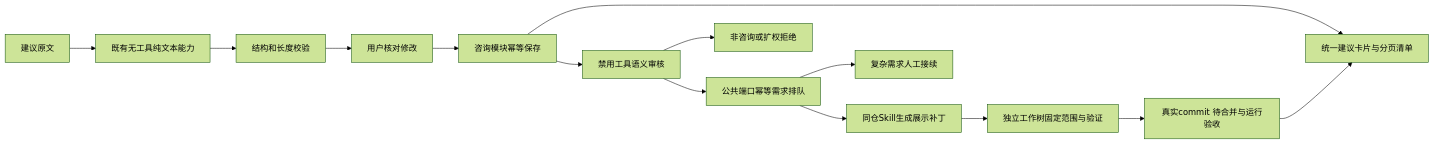
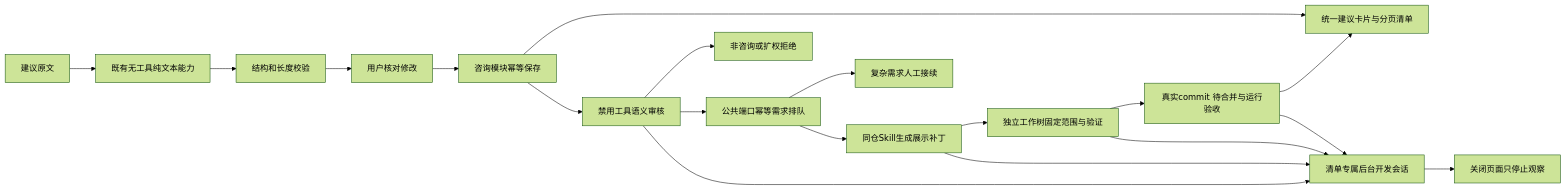
One commit to exception-coder/kai-toolbox changed diagram 28 of 28 in docs/ai-coding-architecture.md. Above: the diagram before and after it, drawn with Mermaid (forest theme). The commit also changed other lines of this file and 38 other files, not shown here.

````diff
--- a/docs/ai-coding-architecture.md
+++ b/docs/ai-coding-architecture.md
@@ -758,16 +758,21 @@
 ```mermaid
 flowchart LR
   Raw[建议原文] --> Runner[既有无工具纯文本能力]
   Runner --> Validation[结构和长度校验]
   Validation --> Confirm[用户核对修改]
   Confirm --> Record[咨询模块幂等保存]
   Record --> Board[统一建议卡片与分页清单]
   Record --> Review[禁用工具语义审核]
   Review --> Reject[非咨询或扩权拒绝]
   Review --> Queue[公共端口幂等需求排队]
   Queue --> Human[复杂需求人工接续]
   Queue --> Patch[同仓Skill生成展示补丁]
   Patch --> Guard[独立工作树固定范围与验证]
   Guard --> Commit[真实commit 待合并与运行验收]
   Commit --> Board
+  Review --> DevSession[清单专属后台开发会话]
+  Patch --> DevSession
+  Guard --> DevSession
+  Commit --> DevSession
+  DevSession --> Observe[关闭页面只停止观察]
 ```
````
